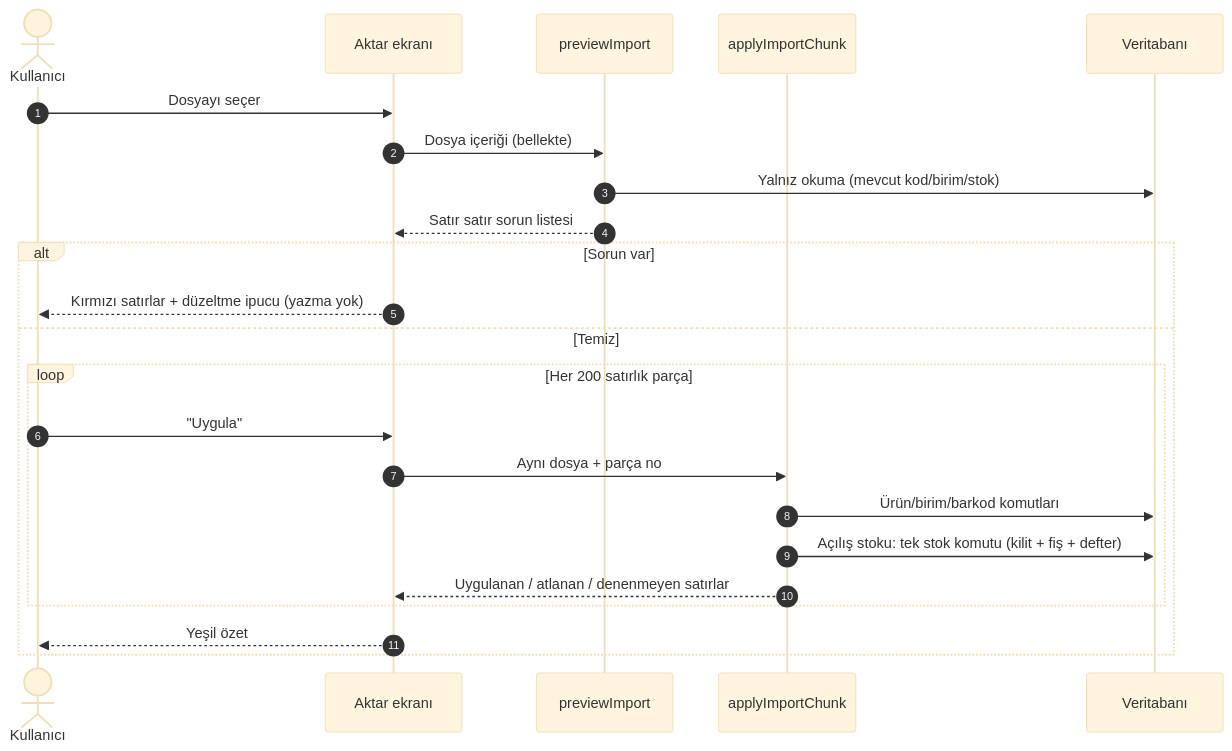
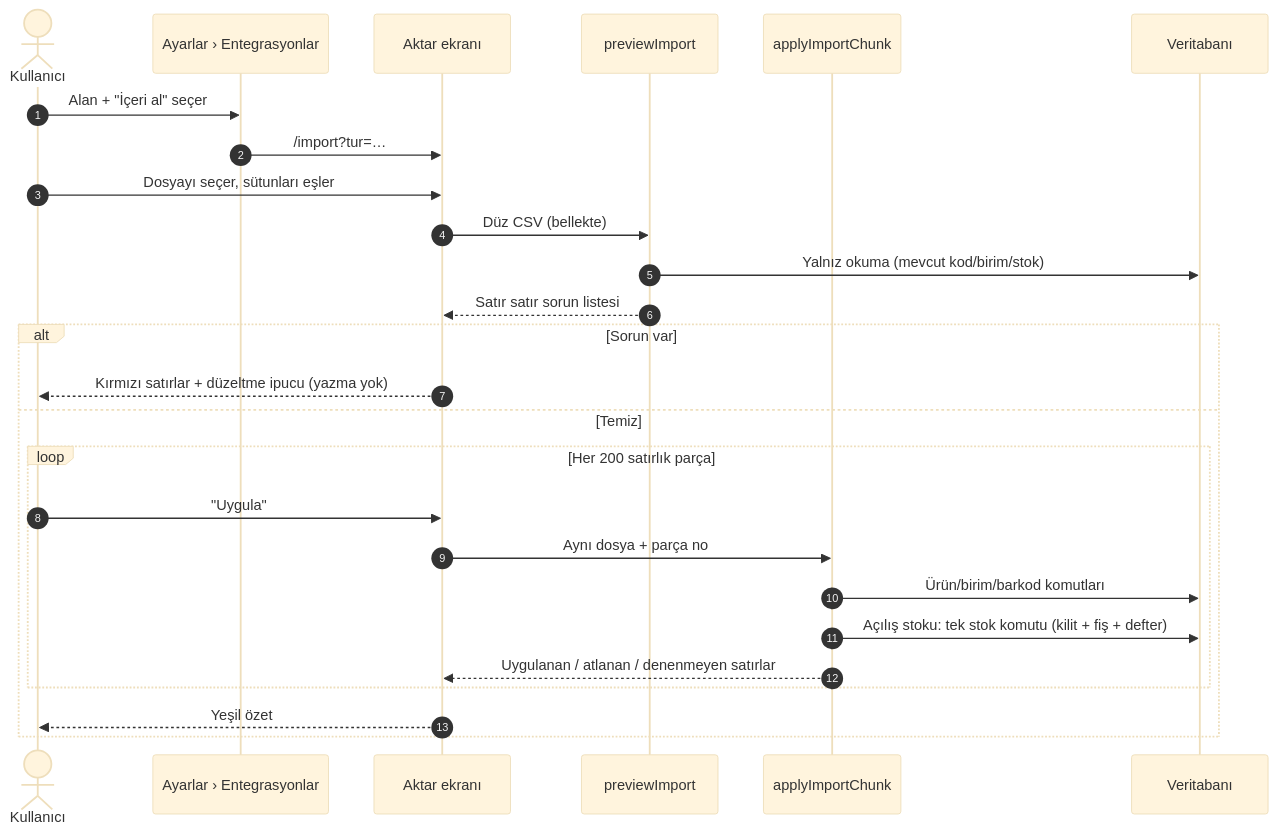
The eighth of 9 diagrams in docs/fonksiyonel-mimari/02b-mal-kabul-stok-katalog.md (shosgoren/EtkinWMS), drawn with Mermaid (base theme) before and after one commit. The commit also changed other lines of this file and 10 other files, not shown here.

````diff
--- a/docs/fonksiyonel-mimari/02b-mal-kabul-stok-katalog.md
+++ b/docs/fonksiyonel-mimari/02b-mal-kabul-stok-katalog.md
@@ -443,25 +502,28 @@
 ```mermaid
 sequenceDiagram
     autonumber
     actor K as Kullanıcı
+    participant B as Ayarlar › Entegrasyonlar
     participant E as Aktar ekranı
     participant P as previewImport
     participant U as applyImportChunk
     participant DB as Veritabanı
-    K->>E: Dosyayı seçer
-    E->>P: Dosya içeriği (bellekte)
+    K->>B: Alan + "İçeri al" seçer
+    B->>E: /import?tur=…
+    K->>E: Dosyayı seçer, sütunları eşler
+    E->>P: Düz CSV (bellekte)
     P->>DB: Yalnız okuma (mevcut kod/birim/stok)
     P-->>E: Satır satır sorun listesi
     alt Sorun var
         E-->>K: Kırmızı satırlar + düzeltme ipucu (yazma yok)
     else Temiz
         loop Her 200 satırlık parça
             K->>E: "Uygula"
             E->>U: Aynı dosya + parça no
             U->>DB: Ürün/birim/barkod komutları
             U->>DB: Açılış stoku: tek stok komutu (kilit + fiş + defter)
             U-->>E: Uygulanan / atlanan / denenmeyen satırlar
         end
         E-->>K: Yeşil özet
     end
 ```
````
